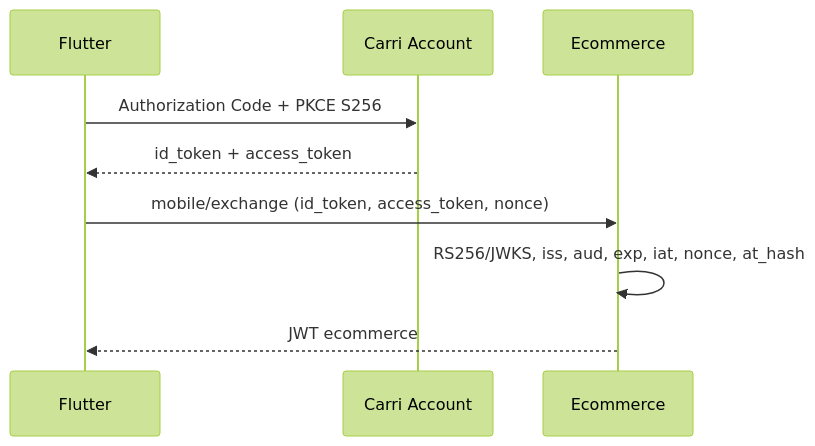
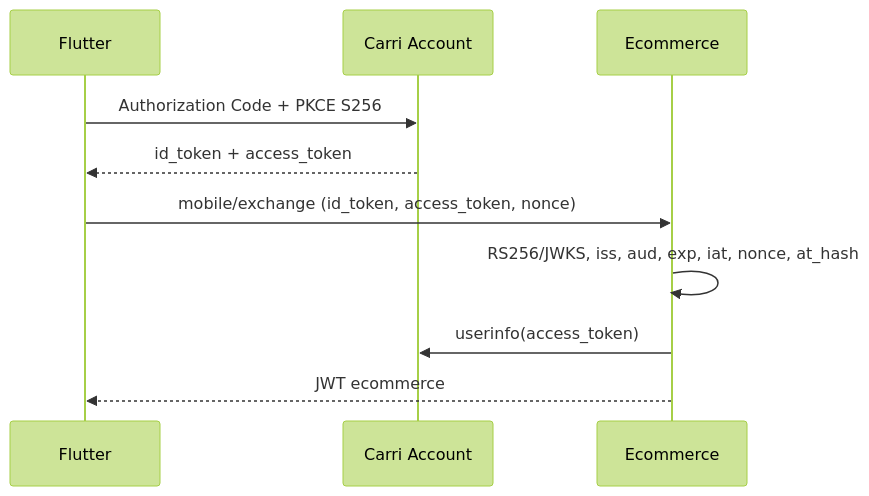
The diagram in docs/authentication.md (djtg-dig/ecommerceback), drawn with Mermaid (forest theme) before and after one commit. The commit also changed other lines of this file and 11 other files, not shown here.

Commit message:
feat: verify Carri Account email identity through OIDC

````diff
--- a/docs/authentication.md
+++ b/docs/authentication.md
@@ -9,8 +12,9 @@
 ```mermaid
 sequenceDiagram
 Flutter->>Carri Account: Authorization Code + PKCE S256
 Carri Account-->>Flutter: id_token + access_token
 Flutter->>Ecommerce: mobile/exchange (id_token, access_token, nonce)
 Ecommerce->>Ecommerce: RS256/JWKS, iss, aud, exp, iat, nonce, at_hash
+Ecommerce->>Carri Account: userinfo(access_token)
 Ecommerce-->>Flutter: JWT ecommerce
 ```
````
